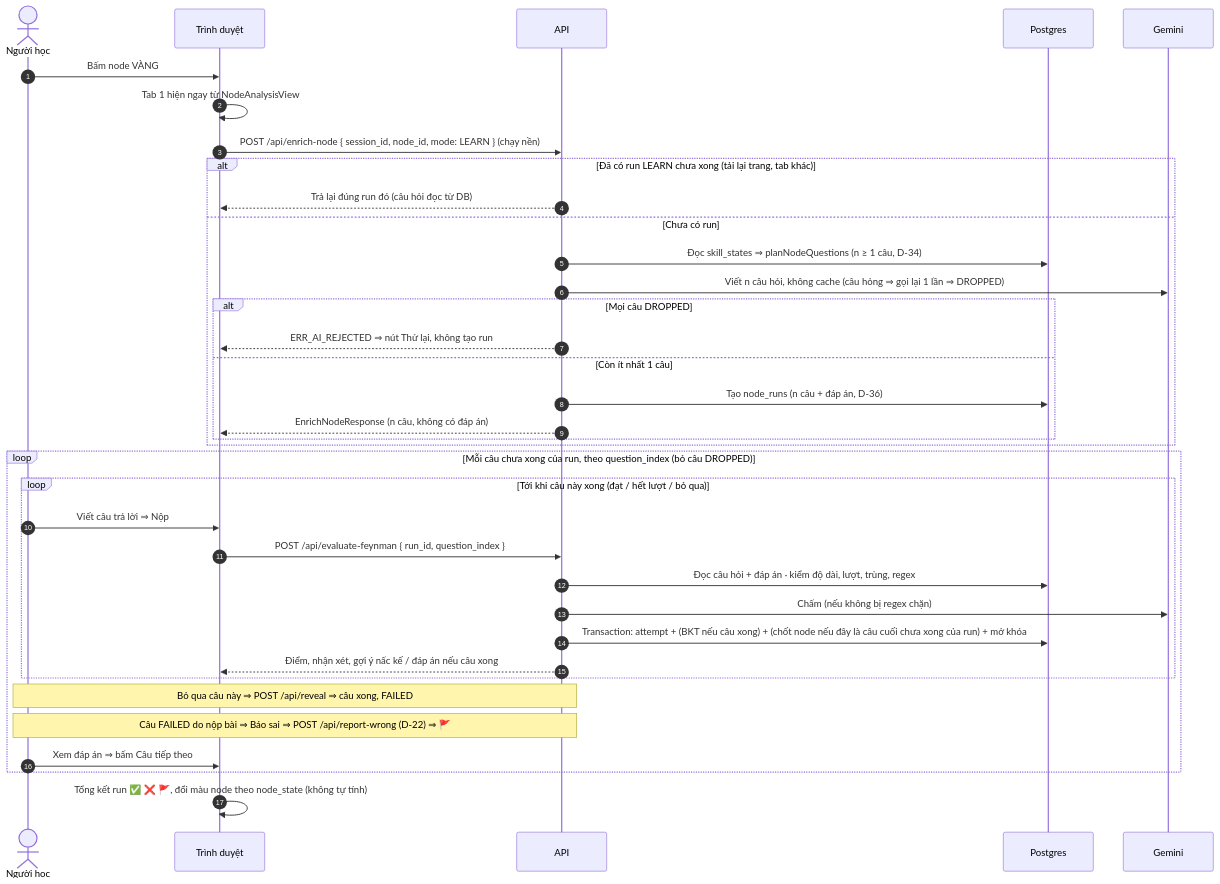
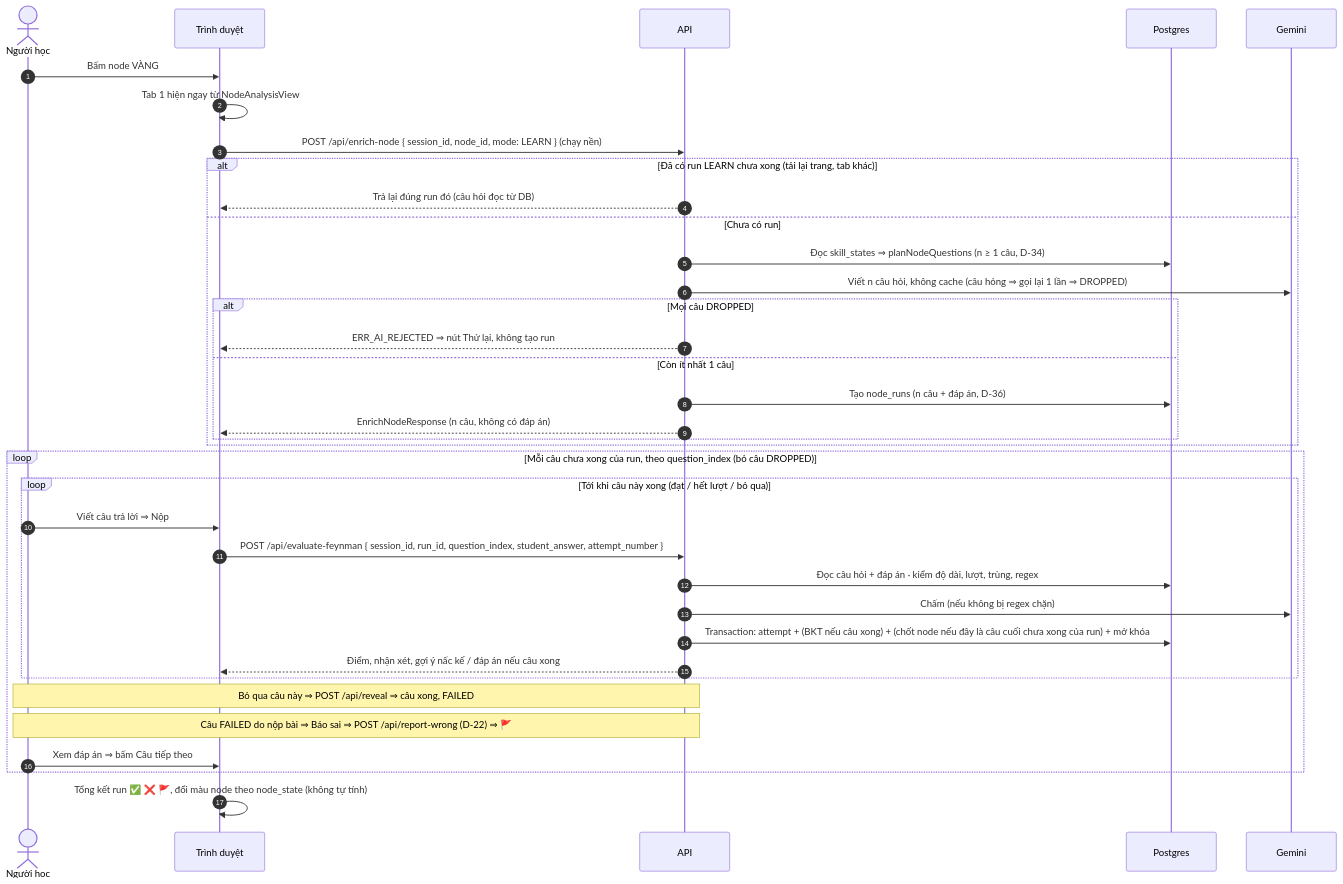
Before and after one commit to huynhthanhnhannnh-pixel/Hackathon_SGU: the third of 4 diagrams in spec/01_KIEN_TRUC_VA_LUONG.md, drawn with Mermaid. The commit also changed other lines of this file and 11 other files, not shown here.

````diff
--- a/spec/01_KIEN_TRUC_VA_LUONG.md
+++ b/spec/01_KIEN_TRUC_VA_LUONG.md
@@ -117,38 +117,38 @@
 ```mermaid
 sequenceDiagram
     autonumber
     actor U as Người học
     participant FE as Trình duyệt
     participant BE as API
     participant DB as Postgres
     participant AI as Gemini
     U->>FE: Bấm node VÀNG
     FE->>FE: Tab 1 hiện ngay từ NodeAnalysisView
     FE->>BE: POST /api/enrich-node { session_id, node_id, mode: LEARN } (chạy nền)
     alt Đã có run LEARN chưa xong (tải lại trang, tab khác)
         BE-->>FE: Trả lại đúng run đó (câu hỏi đọc từ DB)
     else Chưa có run
         BE->>DB: Đọc skill_states ⇒ planNodeQuestions (n ≥ 1 câu, D-34)
         BE->>AI: Viết n câu hỏi, không cache (câu hỏng ⇒ gọi lại 1 lần ⇒ DROPPED)
         alt Mọi câu DROPPED
             BE-->>FE: ERR_AI_REJECTED ⇒ nút Thử lại, không tạo run
         else Còn ít nhất 1 câu
             BE->>DB: Tạo node_runs (n câu + đáp án, D-36)
             BE-->>FE: EnrichNodeResponse (n câu, không có đáp án)
         end
     end
     loop Mỗi câu chưa xong của run, theo question_index (bỏ câu DROPPED)
         loop Tới khi câu này xong (đạt / hết lượt / bỏ qua)
             U->>FE: Viết câu trả lời ⇒ Nộp
-            FE->>BE: POST /api/evaluate-feynman { run_id, question_index }
+            FE->>BE: POST /api/evaluate-feynman { session_id, run_id, question_index, student_answer, attempt_number }
             BE->>DB: Đọc câu hỏi + đáp án · kiểm độ dài, lượt, trùng, regex
             BE->>AI: Chấm (nếu không bị regex chặn)
             BE->>DB: Transaction: attempt + (BKT nếu câu xong) + (chốt node nếu đây là câu cuối chưa xong của run) + mở khóa
             BE-->>FE: Điểm, nhận xét, gợi ý nấc kế / đáp án nếu câu xong
         end
         Note over U,BE: Bỏ qua câu này ⇒ POST /api/reveal ⇒ câu xong, FAILED
         Note over U,BE: Câu FAILED do nộp bài ⇒ Báo sai ⇒ POST /api/report-wrong (D-22) ⇒ 🚩
         U->>FE: Xem đáp án ⇒ bấm Câu tiếp theo
     end
     FE->>FE: Tổng kết run ✅ ❌ 🚩, đổi màu node theo node_state (không tự tính)
 ```
````
